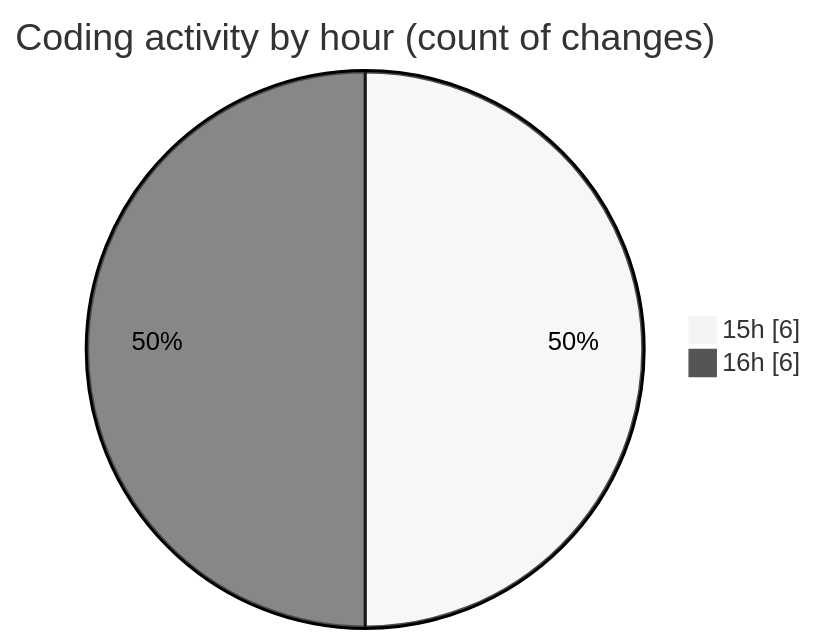
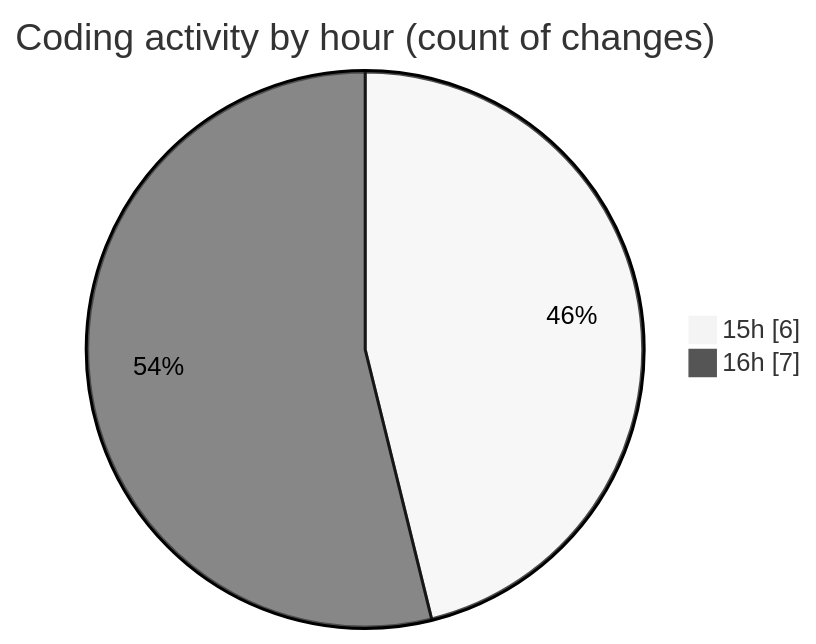
One commit to momahboobian/code-tracking changed the second of 2 diagrams in 2025-09-10/cda/README.md. Above: the diagram before and after it, drawn with Mermaid (neutral theme). The commit also changed other lines of this file and 1 other file, not shown here.

````diff
--- a/2025-09-10/cda/README.md
+++ b/2025-09-10/cda/README.md
@@ -33,6 +34,6 @@
 ```mermaid
 pie showData
 title Coding activity by hour (count of changes)
 "15h" : 6
-"16h" : 6
+"16h" : 7
 ```
````
